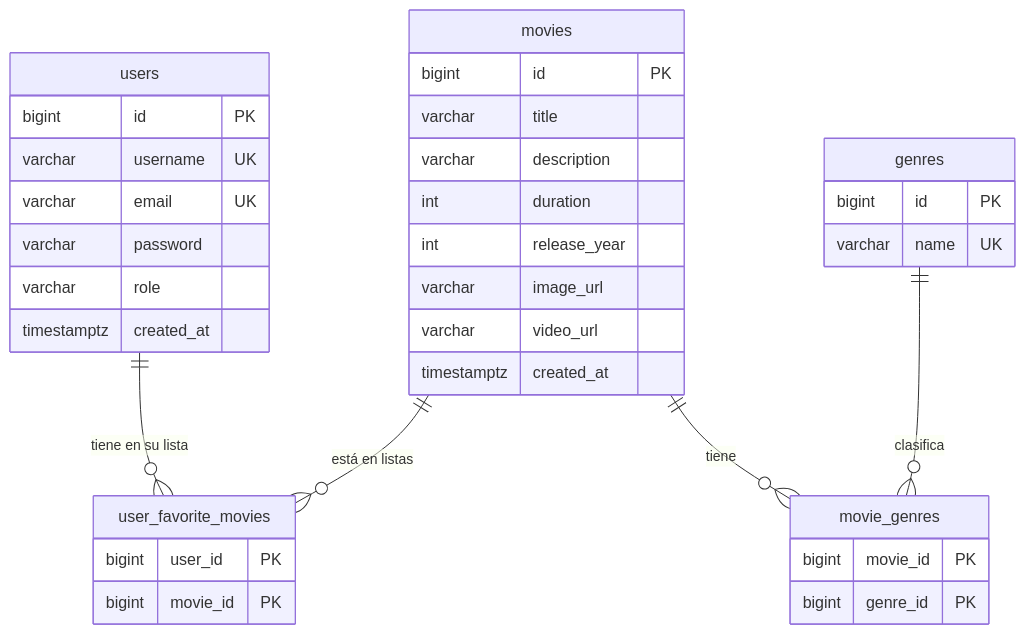
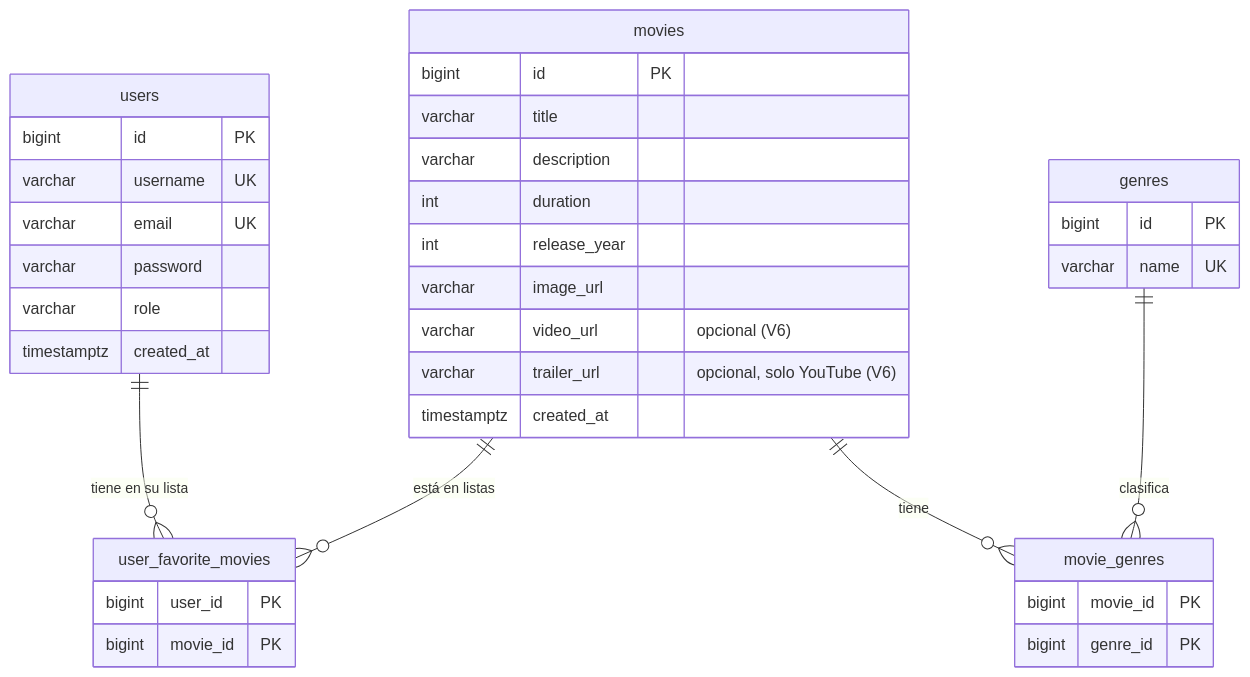
The first of 2 diagrams in docs/MANUAL_PROGRAMADOR.md (emiliogf10/streambox), drawn with Mermaid before and after one commit. The commit also changed other lines of this file and 96 other files, not shown here.

````diff
--- a/docs/MANUAL_PROGRAMADOR.md
+++ b/docs/MANUAL_PROGRAMADOR.md
@@ -407,28 +410,29 @@
 ```mermaid
 erDiagram
     users ||--o{ user_favorite_movies : "tiene en su lista"
     movies ||--o{ user_favorite_movies : "está en listas"
     movies ||--o{ movie_genres : "tiene"
     genres ||--o{ movie_genres : "clasifica"
 
     users { bigint id PK
             varchar username UK
             varchar email UK
             varchar password
             varchar role
             timestamptz created_at }
     movies { bigint id PK
              varchar title
              varchar description
              int duration
              int release_year
              varchar image_url
-             varchar video_url
+             varchar video_url "opcional (V6)"
+             varchar trailer_url "opcional, solo YouTube (V6)"
              timestamptz created_at }
     genres { bigint id PK
              varchar name UK }
     movie_genres { bigint movie_id PK
                    bigint genre_id PK }
     user_favorite_movies { bigint user_id PK
                            bigint movie_id PK }
 ```
````
